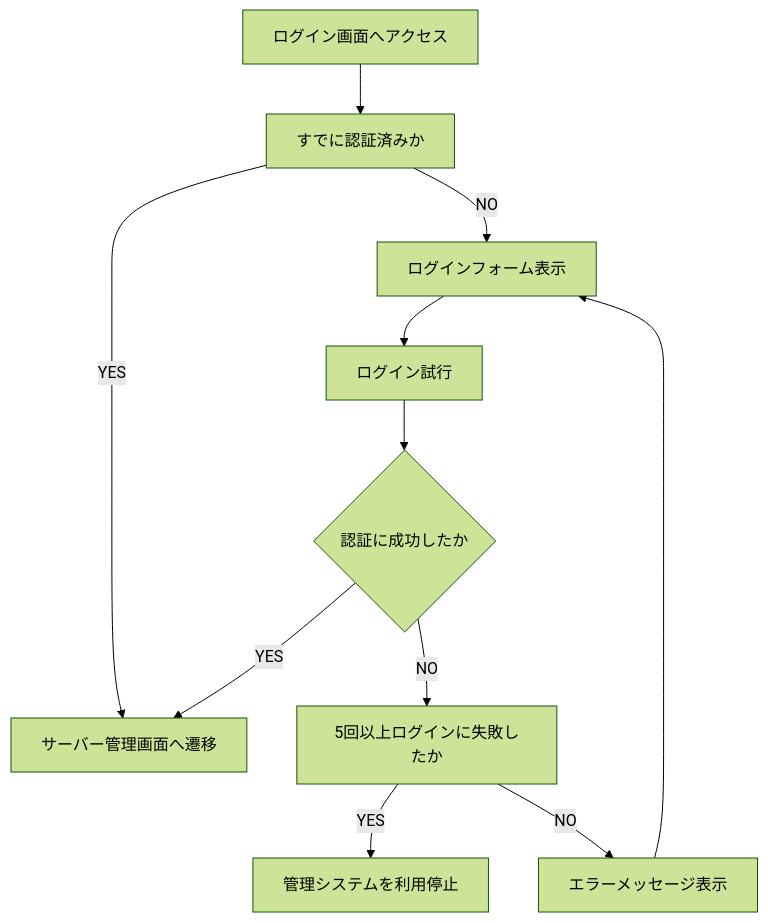
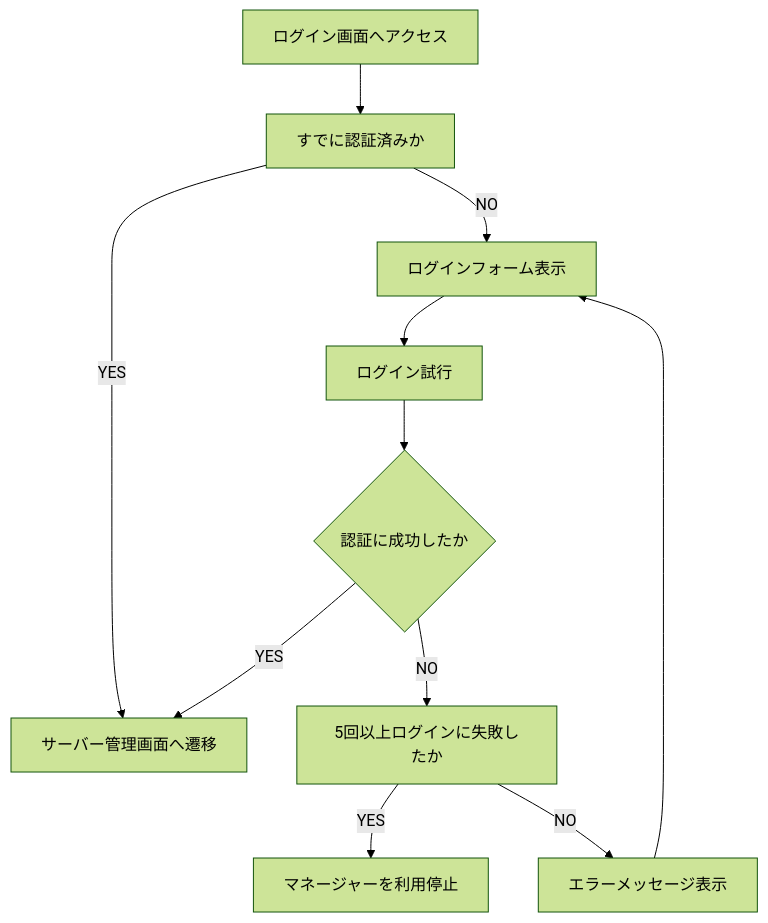
Before and after one commit to ichi-h/komoriuta: the second of 9 diagrams in README.md, drawn with Mermaid (forest theme). The commit also changed other lines of this file, not shown here.

````diff
--- a/README.md
+++ b/README.md
@@ -196,13 +201,13 @@
 ```mermaid
 graph TD
   Access[ログイン画面へアクセス] --> IsAlreadyVerified[すでに認証済みか]
   IsAlreadyVerified -- YES --> ToServersPage[サーバー管理画面へ遷移]
   IsAlreadyVerified -- NO --> ShowLoginForm[ログインフォーム表示]
   ShowLoginForm --> Login[ログイン試行]
   Login --> IsVerified{認証に成功したか}
   IsVerified -- YES --> ToServersPage[サーバー管理画面へ遷移]
   IsVerified -- NO --> CheckFailedCount[5回以上ログインに失敗したか]
-  CheckFailedCount -- YES --> Block[管理システムを利用停止]
+  CheckFailedCount -- YES --> Block[マネージャーを利用停止]
   CheckFailedCount -- NO --> ShowError[エラーメッセージ表示]
   ShowError --> ShowLoginForm
 ```
````
